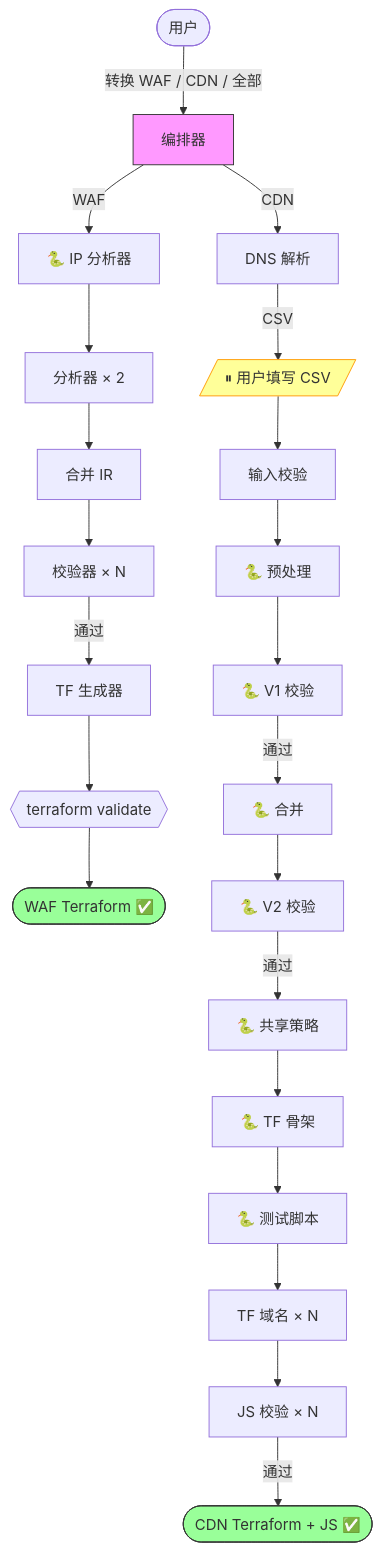
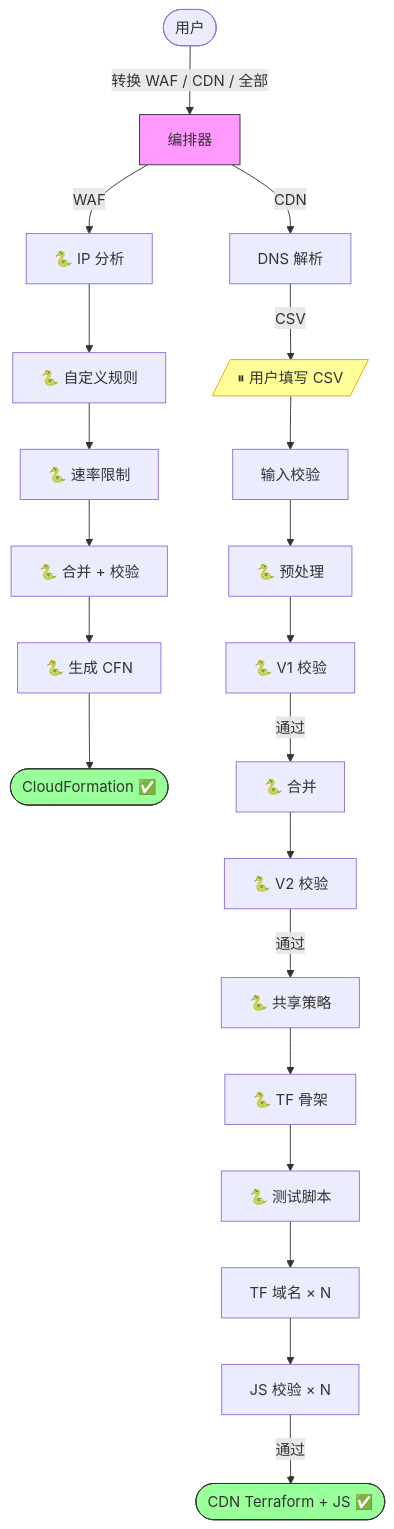
The diagram in README_CN.md (chenghit/cloudflare-aws-edge-config-converter), drawn with Mermaid before and after one commit. The commit also changed other lines of this file and 42 other files, not shown here.

First line of the commit message:
feat: replace WAF Terraform generator with CloudFormation (zero-LLM pipeline)

````diff
--- a/README_CN.md
+++ b/README_CN.md
@@ -85,24 +83,24 @@
 ```mermaid
 flowchart TD
     User([用户]) -->|"转换 WAF / CDN / 全部"| Main["编排器"]
 
-    Main -->|WAF| WAF_IP["🐍 IP 分析器"] --> WAF_A["分析器 × 2"] --> WAF_M["合并 IR"] --> WAF_V["校验器 × N"] -->|通过| WAF_G["TF 生成器"] --> WAF_T{{"terraform validate"}} --> WAF_Done([WAF Terraform ✅])
+    Main -->|WAF| WAF_A1["🐍 IP 分析"] --> WAF_A2["🐍 自定义规则"] --> WAF_A3["🐍 速率限制"] --> WAF_M["🐍 合并 + 校验"] --> WAF_G["🐍 生成 CFN"] --> WAF_Done([CloudFormation ✅])
 
     Main -->|CDN| CDN1["DNS 解析"] -->|CSV| Pause[/"⏸ 用户填写 CSV"/]
     Pause --> CDN2["输入校验"]
     CDN2 --> CDN3["🐍 预处理"]
     CDN3 --> CDN4["🐍 V1 校验"]
     CDN4 -->|通过| CDN5["🐍 合并"]
     CDN5 --> CDN6["🐍 V2 校验"]
     CDN6 -->|通过| CDN7["🐍 共享策略"]
     CDN7 --> CDN75["🐍 TF 骨架"]
     CDN75 --> CDN76["🐍 测试脚本"]
     CDN76 --> CDN8["TF 域名 × N"]
     CDN8 --> CDN9["JS 校验 × N"]
     CDN9 -->|通过| CDN_Done([CDN Terraform + JS ✅])
 
     style Main fill:#f9f,stroke:#333
     style Pause fill:#ff9,stroke:#f90
     style WAF_Done fill:#9f9,stroke:#333
     style CDN_Done fill:#9f9,stroke:#333
 ```
````
